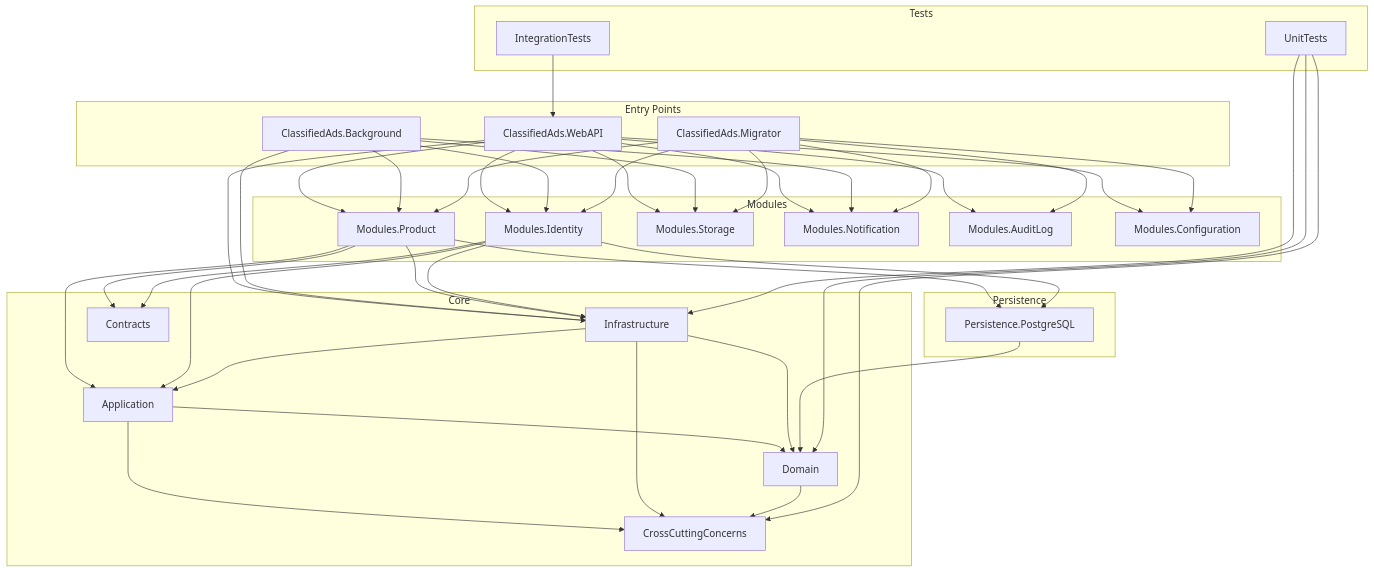
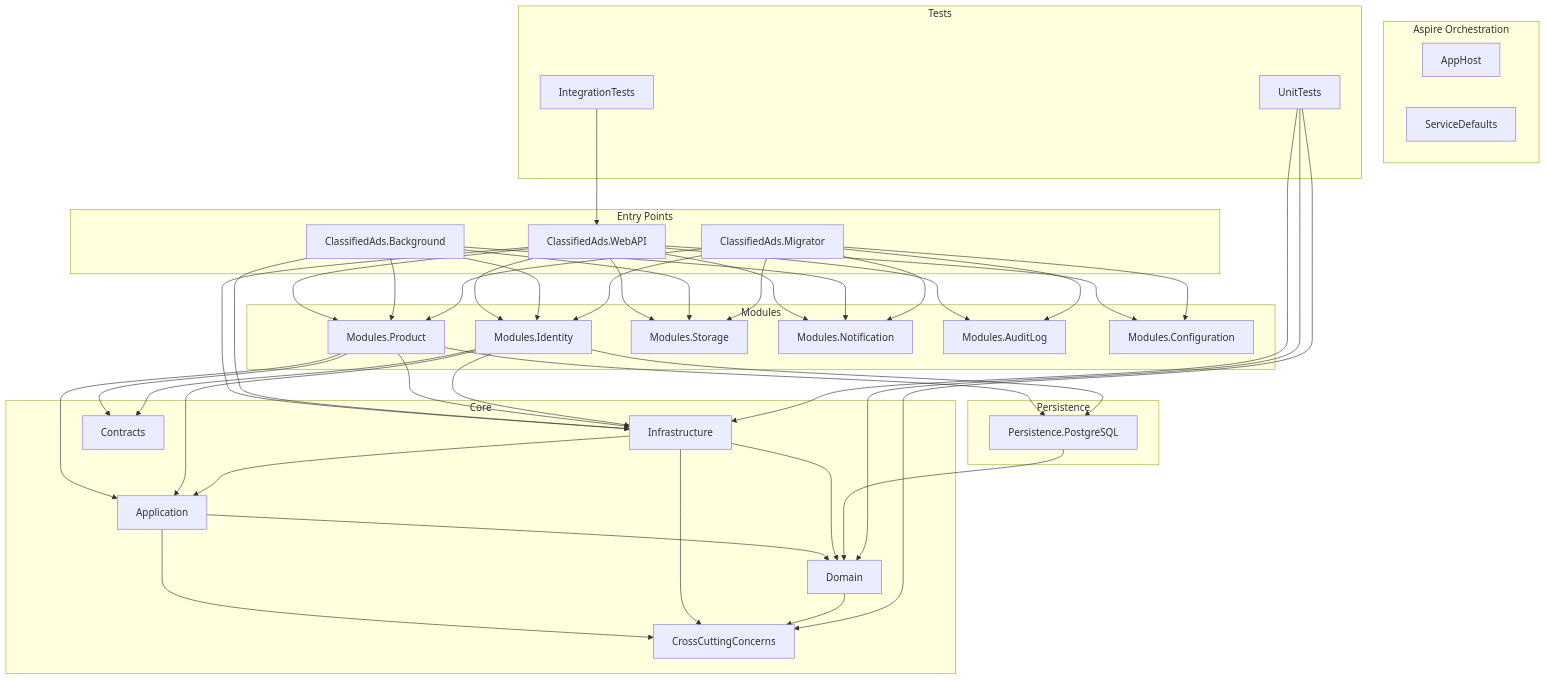
The diagram in docs-architecture/01-solution-structure.md (tinse-22/GSP26SE43.ModularMonolith), drawn with Mermaid before and after one commit. The commit also changed other lines of this file and 18 other files, not shown here.

First line of the commit message:
Feature/aspire orchestration (#11)

````diff
--- a/docs-architecture/01-solution-structure.md
+++ b/docs-architecture/01-solution-structure.md
@@ -69,5 +71,10 @@
 ```mermaid
 graph TB
+    subgraph "Aspire Orchestration"
+        AppHost[AppHost]
+        ServiceDefaults[ServiceDefaults]
+    end
+
     subgraph "Entry Points"
         WebAPI[ClassifiedAds.WebAPI]
         Background[ClassifiedAds.Background]
````
